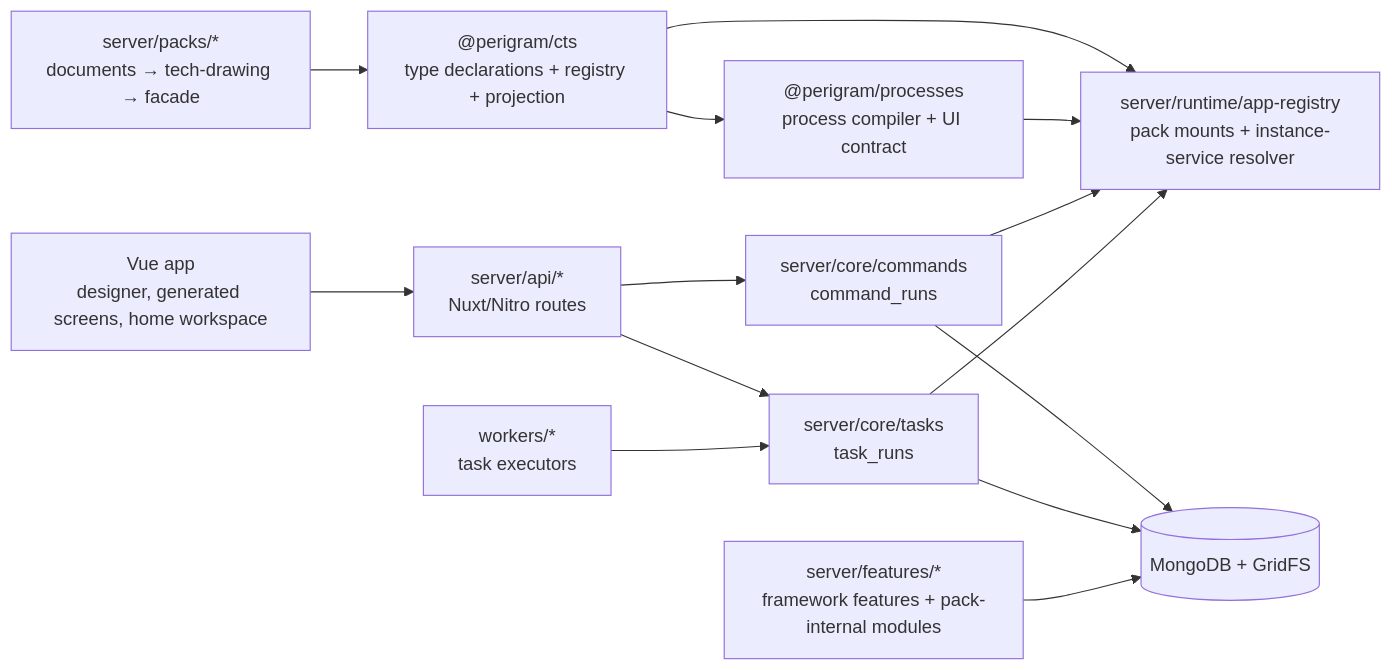
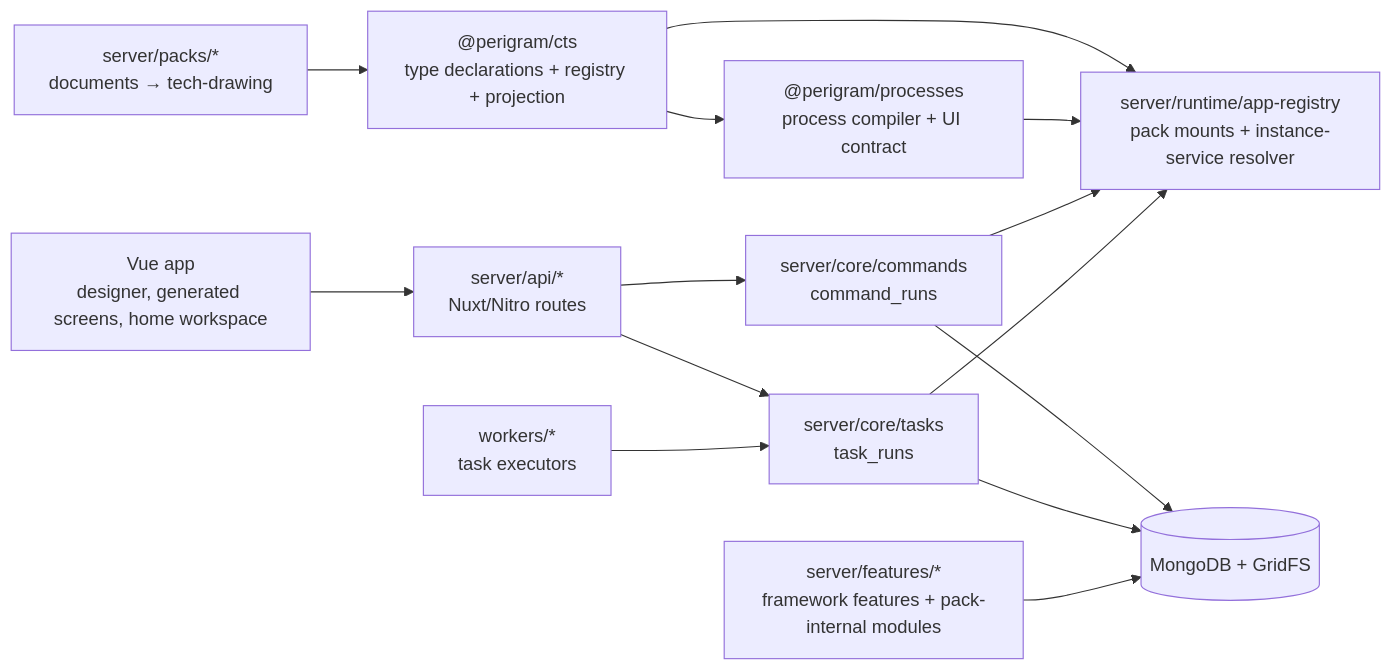
The first of 2 diagrams in README.md (Perigram/perigram), drawn with Mermaid before and after one commit. The commit also changed other lines of this file and 29 other files, not shown here.

Commit message:
neo: docs match the facade cut — packs/plugins/instances/api/workers contracts, SDK+authoring grammar, SPEC delivery, TODO milestones

````diff
--- a/README.md
+++ b/README.md
@@ -27,28 +27,28 @@
 ```mermaid
 flowchart LR
   Cts["@perigram/cts<br/>type declarations + registry + projection"]
-  Packs["server/packs/*<br/>documents → tech-drawing → facade"]
+  Packs["server/packs/*<br/>documents → tech-drawing"]
   Compiler["@perigram/processes<br/>process compiler + UI contract"]
   Runtime["server/runtime/app-registry<br/>pack mounts + instance-service resolver"]
   Commands["server/core/commands<br/>command_runs"]
   Tasks["server/core/tasks<br/>task_runs"]
   Features["server/features/*<br/>framework features + pack-internal modules"]
   API["server/api/*<br/>Nuxt/Nitro routes"]
   UI["Vue app<br/>designer, generated screens, home workspace"]
   Workers["workers/*<br/>task executors"]
   Mongo[(MongoDB + GridFS)]
 
   Packs --> Cts
   Cts --> Compiler
   Cts --> Runtime
   Compiler --> Runtime
   API --> Commands
   API --> Tasks
   Commands --> Runtime
   Tasks --> Runtime
   Commands --> Mongo
   Tasks --> Mongo
   Features --> Mongo
   UI --> API
   Workers --> Tasks
 ```
````
